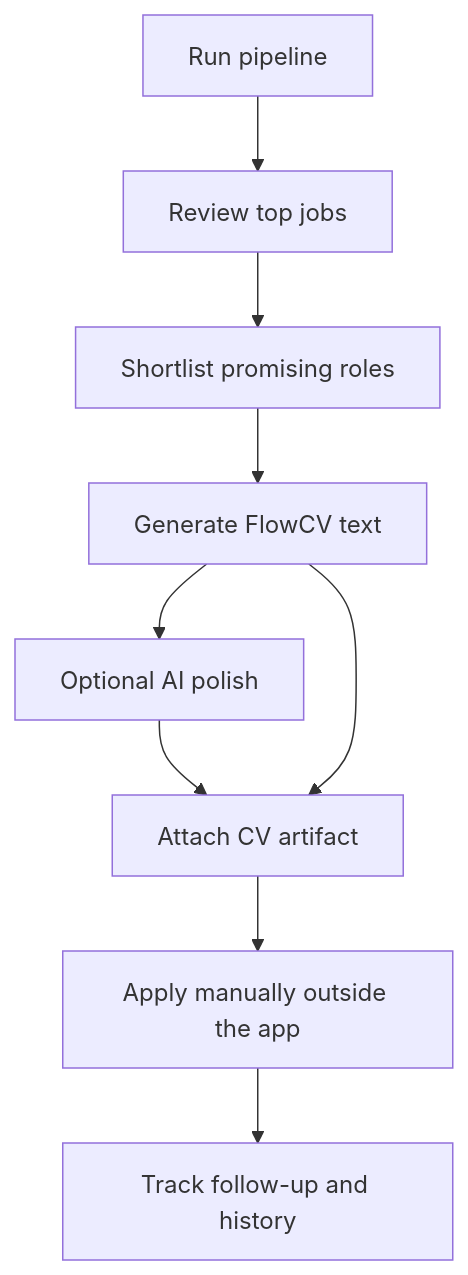
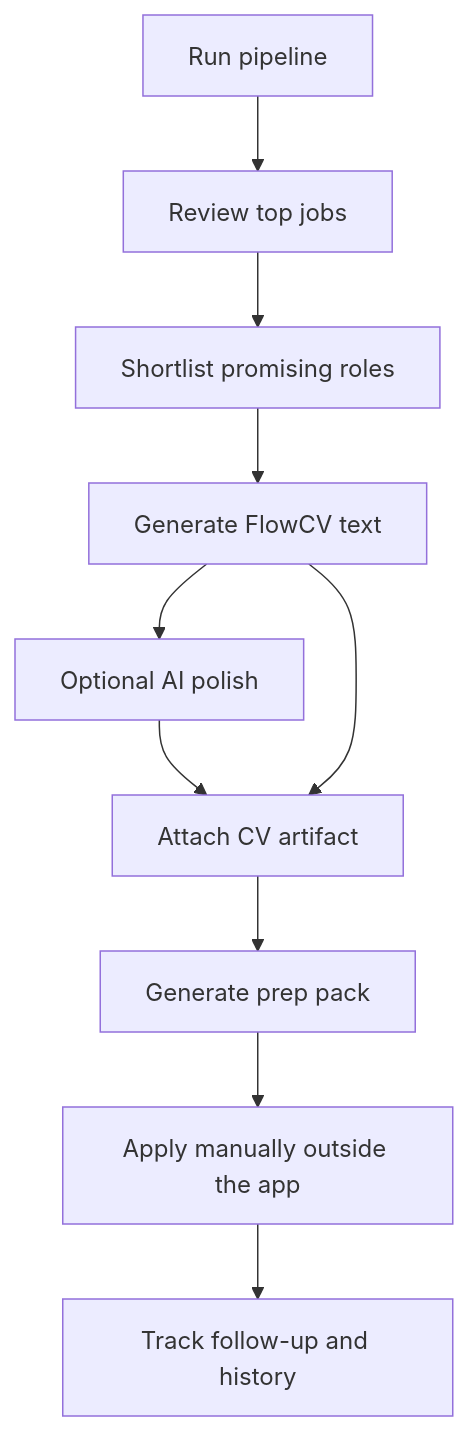
The second of 2 diagrams in README.md (de-himanshu19/AI_JOB_HUNT_PLATFORM), drawn with Mermaid before and after one commit. The commit also changed other lines of this file and 12 other files, not shown here.

````diff
--- a/README.md
+++ b/README.md
@@ -53,11 +55,12 @@
 ```mermaid
 flowchart TD
     Pipeline["Run pipeline"] --> Review["Review top jobs"]
     Review --> Shortlist["Shortlist promising roles"]
     Shortlist --> Generate["Generate FlowCV text"]
     Generate --> Polish["Optional AI polish"]
     Polish --> Attach["Attach CV artifact"]
     Generate --> Attach
-    Attach --> Apply["Apply manually outside the app"]
+    Attach --> Prep["Generate prep pack"]
+    Prep --> Apply["Apply manually outside the app"]
     Apply --> FollowUp["Track follow-up and history"]
 ```
````
